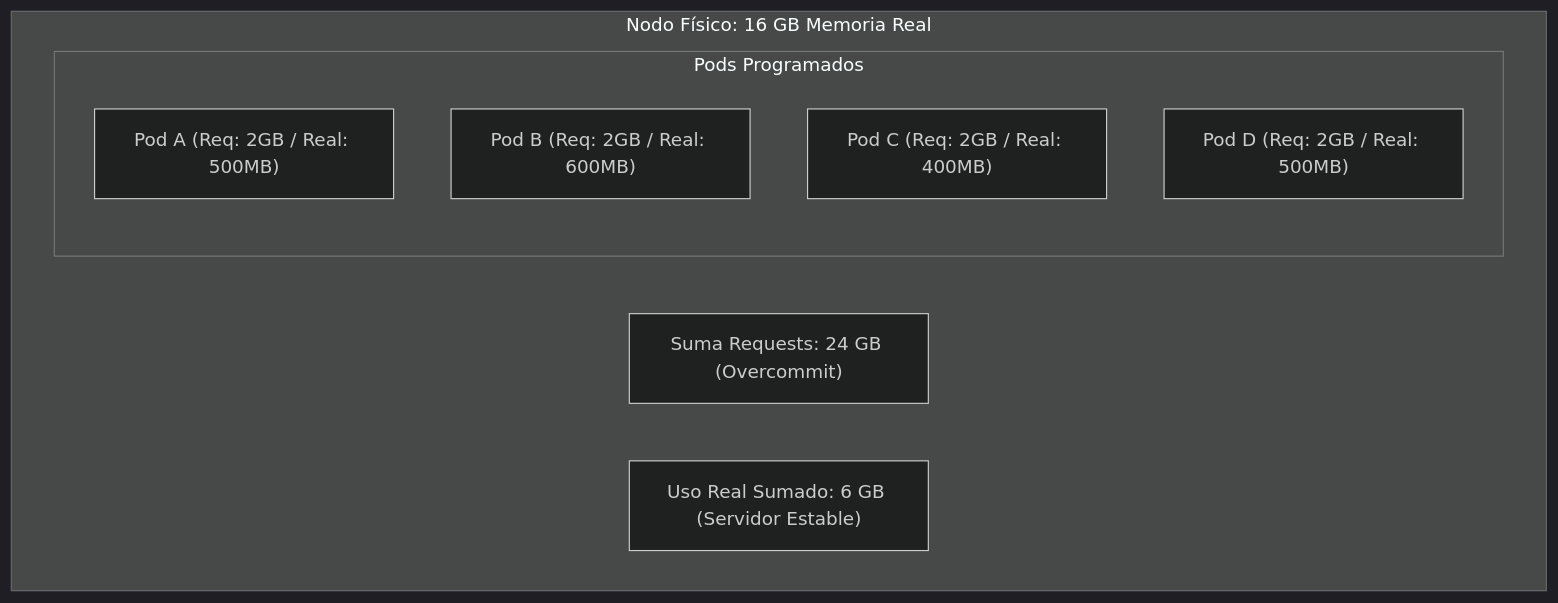
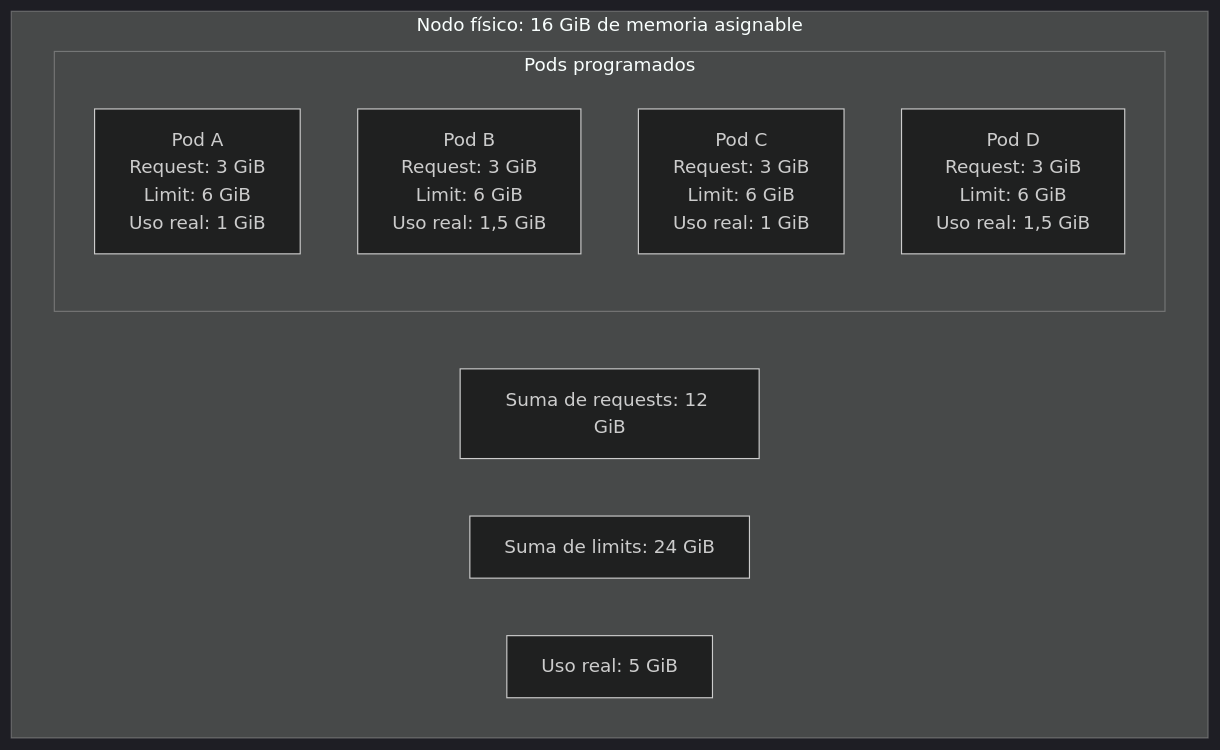
Before and after one commit to ieftraining/curso-openshift: the third of 7 diagrams in docs/sesion4/4.2 Recursoso, cuotas y ubicación.md, drawn with Mermaid (dark theme). The commit also changed other lines of this file, not shown here.

````diff
--- a/docs/sesion4/4.2 Recursoso, cuotas y ubicación.md
+++ b/docs/sesion4/4.2 Recursoso, cuotas y ubicación.md
@@ -211,14 +266,14 @@
 ```mermaid
 flowchart TD
-    subgraph Nodo Fisico [Nodo Físico: 16 GB Memoria Real]
-        subgraph Pods Programados [Pods Programados]
-            P1["Pod A (Req: 2GB / Real: 500MB)"]
-            P2["Pod B (Req: 2GB / Real: 600MB)"]
-            P3["Pod C (Req: 2GB / Real: 400MB)"]
-            P4["Pod D (Req: 2GB / Real: 500MB)"]
+    subgraph Nodo[Nodo físico: 16 GiB de memoria asignable]
+        subgraph Pods[Pods programados]
+            P1[Pod A<br/>Request: 3 GiB<br/>Limit: 6 GiB<br/>Uso real: 1 GiB]
+            P2[Pod B<br/>Request: 3 GiB<br/>Limit: 6 GiB<br/>Uso real: 1,5 GiB]
+            P3[Pod C<br/>Request: 3 GiB<br/>Limit: 6 GiB<br/>Uso real: 1 GiB]
+            P4[Pod D<br/>Request: 3 GiB<br/>Limit: 6 GiB<br/>Uso real: 1,5 GiB]
         end
-        
-        TOTAL_REQ["Suma Requests: 24 GB (Overcommit)"]
-        TOTAL_REAL["Uso Real Sumado: 6 GB (Servidor Estable)"]
+        TOTAL_REQ[Suma de requests: 12 GiB]
+        TOTAL_LIMIT[Suma de limits: 24 GiB]
+        TOTAL_REAL[Uso real: 5 GiB]
     end
 ```
````
